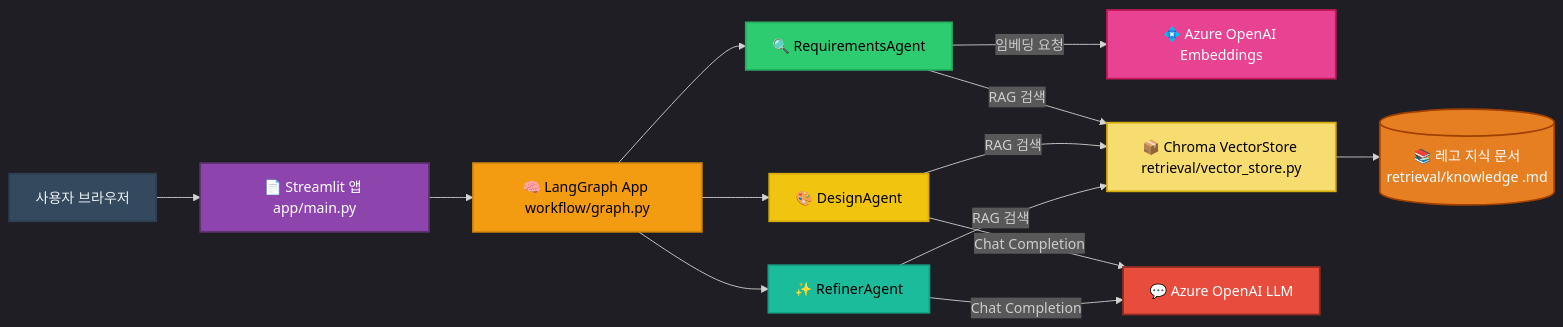
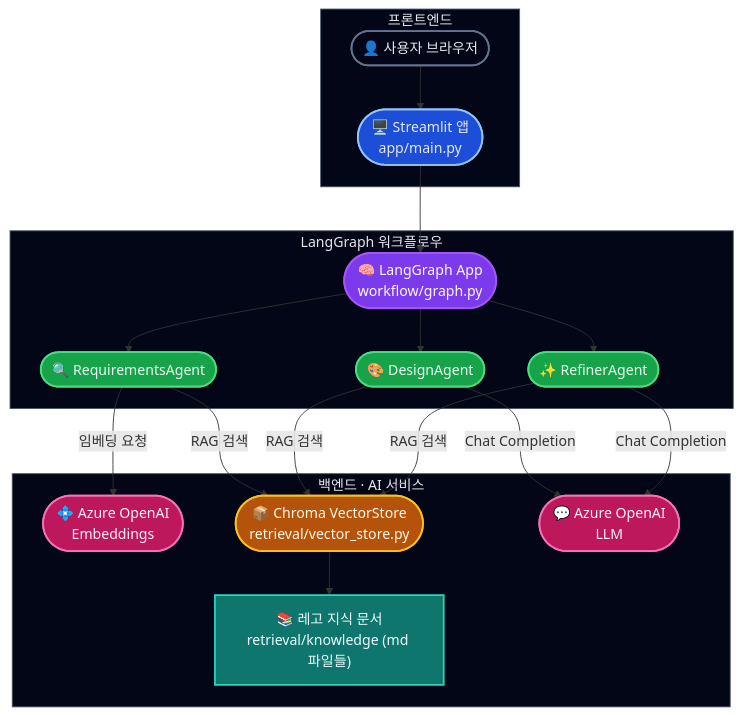
The second of 2 diagrams in README.md (pcmola/lego-ai-service), drawn with Mermaid before and after one commit.

Commit message:
readme 수정

````diff
--- a/README.md
+++ b/README.md
@@ -64,38 +64,77 @@
-```mermaid
-%%{init: {'theme':'dark'}}%%
-flowchart LR
-    A[사용자 브라우저] --> B[📄 Streamlit 앱 app/main.py]
-    B --> C[🧠 LangGraph App workflow/graph.py]
+```mermaid%%{init: {"theme":"dark"}}%%
+flowchart TB
+    %% ───────── 레이아웃: 위→아래 (TB) ─────────
+    %% 아이콘 + 컬러 클래스로 역할 구분
 
-    C --> D[🔍 RequirementsAgent]
-    C --> E[🎨 DesignAgent]
-    C --> F[✨ RefinerAgent]
+    %% 노드 정의
+    U([👤 사용자 브라우저]):::client
 
-    D -- 임베딩 요청 --> G[💠 Azure OpenAI Embeddings]
-    D -- RAG 검색 --> H[📦 Chroma VectorStore retrieval/vector_store.py]
+    A([🖥️ Streamlit 앱<br/>app/main.py]):::ui
+    B([🧠 LangGraph App<br/>workflow/graph.py]):::orchestrator
 
-    E -- Chat Completion --> I[💬 Azure OpenAI LLM]
-    E -- RAG 검색 --> H
+    R([🔍 RequirementsAgent]):::agent
+    D([🎨 DesignAgent]):::agent
+    F([✨ RefinerAgent]):::agent
 
-    F -- Chat Completion --> I
-    F -- RAG 검색 --> H
+    E([💠 Azure OpenAI<br/>Embeddings]):::service
+    V([📦 Chroma VectorStore<br/>retrieval/vector_store.py]):::store
 
-    H --> J[(📚 레고 지식 문서<br>retrieval/knowledge .md)]
+    L([💬 Azure OpenAI<br/>LLM]):::service
 
+    %% ❗ 문제되던 노드: 단순 텍스트 + 큰따옴표로 변경
+    K["📚 레고 지식 문서<br/>retrieval/knowledge (md 파일들)"]:::knowledge
 
-    %% 스타일 지정
-    style A fill:#34495e,stroke:#2c3e50,stroke-width:2px,color:#ecf0f1
-    style B fill:#8e44ad,stroke:#5e3370,stroke-width:2px,color:#fff
-    style C fill:#f39c12,stroke:#d68910,stroke-width:2px,color:#000
+    %% ───────── 플로우 ─────────
+    U --> A --> B
 
-    style D fill:#2ecc71,stroke:#27ae60,stroke-width:2px,color:#000
-    style E fill:#f1c40f,stroke:#d4ac0d,stroke-width:2px,color:#000
-    style F fill:#1abc9c,stroke:#16a085,stroke-width:2px,color:#000
+    B --> R
+    B --> D
+    B --> F
 
-    style G fill:#e84393,stroke:#c2185b,stroke-width:2px,color:#fff
-    style I fill:#e74c3c,stroke:#922b21,stroke-width:2px,color:#fff
+    R -- "임베딩 요청" --> E
+    R -- "RAG 검색" --> V
 
-    style H fill:#f7dc6f,stroke:#d4ac0d,stroke-width:2px,color:#000
-    style J fill:#e67e22,stroke:#a04000,stroke-width:2px,color:#fff
+    D -- "Chat Completion" --> L
+    D -- "RAG 검색" --> V
+
+    F -- "Chat Completion" --> L
+    F -- "RAG 검색" --> V
+
+    V --> K
+
+    %% ───────── 그룹(섹션) 느낌 내기 ─────────
+    subgraph FRONTEND[프론트엔드]
+        U
+        A
+    end
+
+    subgraph WORKFLOW[LangGraph 워크플로우]
+        B
+        R
+        D
+        F
+    end
+
+    subgraph BACKEND[백엔드 · AI 서비스]
+        E
+        L
+        V
+        K
+    end
+
+    %% ───────── 스타일 정의 (아이콘 컬러 라벨링) ─────────
+    classDef client fill:#020617,stroke:#64748b,stroke-width:2px,color:#e5e7eb;
+    classDef ui fill:#1d4ed8,stroke:#93c5fd,stroke-width:2px,color:#e5e7eb;
+    classDef orchestrator fill:#7c3aed,stroke:#a855f7,stroke-width:2px,color:#f9fafb;
+
+    classDef agent fill:#16a34a,stroke:#4ade80,stroke-width:2px,color:#ecfdf5;
+    classDef service fill:#be185d,stroke:#f472b6,stroke-width:2px,color:#fdf2f8;
+    classDef store fill:#b45309,stroke:#fbbf24,stroke-width:2px,color:#fffbeb;
+    classDef knowledge fill:#0f766e,stroke:#2dd4bf,stroke-width:2px,color:#ecfeff;
+
+    %% 그룹 박스 라벨 스타일
+    style FRONTEND fill:#020617,stroke:#475569,stroke-width:1px,color:#e5e7eb;
+    style WORKFLOW fill:#020617,stroke:#4b5563,stroke-width:1px,color:#e5e7eb;
+    style BACKEND fill:#020617,stroke:#4b5563,stroke-width:1px,color:#e5e7eb;
 
 ```
````
